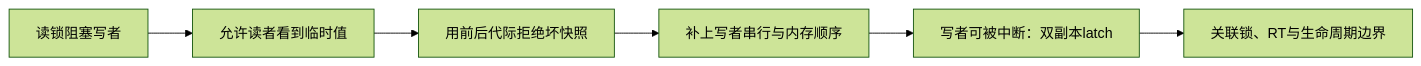
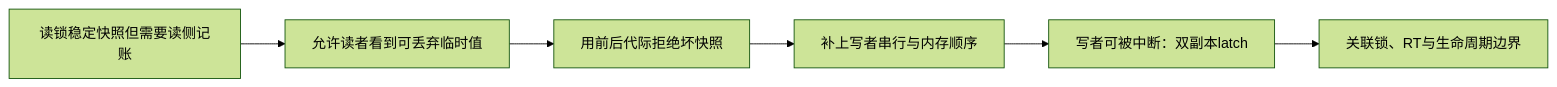
The diagram in knowledge/linux/synchronization_and_asynchrony/synchronization/sequence_counters/大纲.md (FormingSystem/linux_note), drawn with Mermaid (forest theme) before and after one commit. The commit also changed other lines of this file and 7 other files, not shown here.

````diff
--- a/knowledge/linux/synchronization_and_asynchrony/synchronization/sequence_counters/大纲.md
+++ b/knowledge/linux/synchronization_and_asynchrony/synchronization/sequence_counters/大纲.md
@@ -18,8 +18,8 @@
 ```mermaid
 flowchart LR
-    A["读锁阻塞写者"] --> B["允许读者看到临时值"]
+    A["读锁稳定快照但需要读侧记账"] --> B["允许读者看到可丢弃临时值"]
     B --> C["用前后代际拒绝坏快照"]
     C --> D["补上写者串行与内存顺序"]
     D --> E["写者可被中断：双副本latch"]
     E --> F["关联锁、RT与生命周期边界"]
 ```
````
